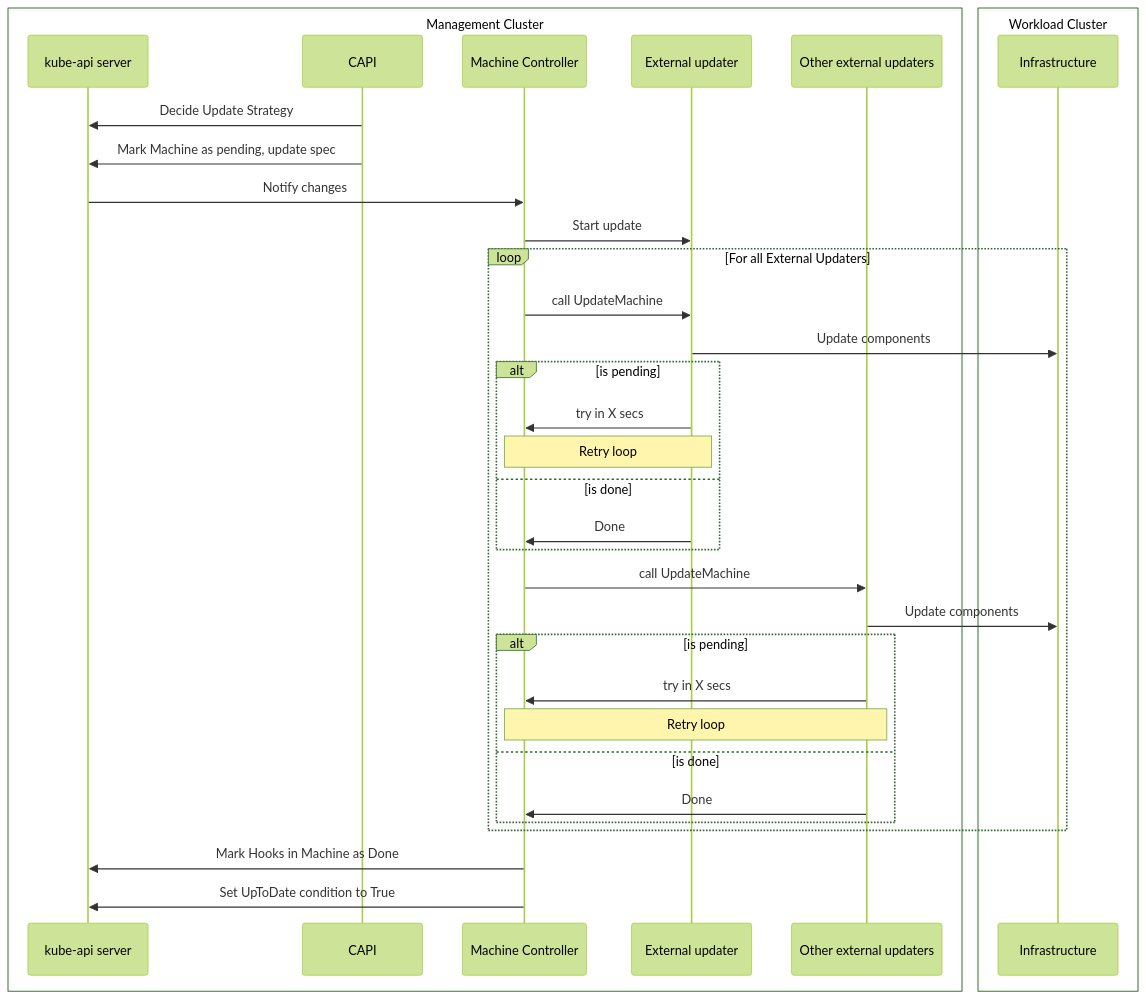
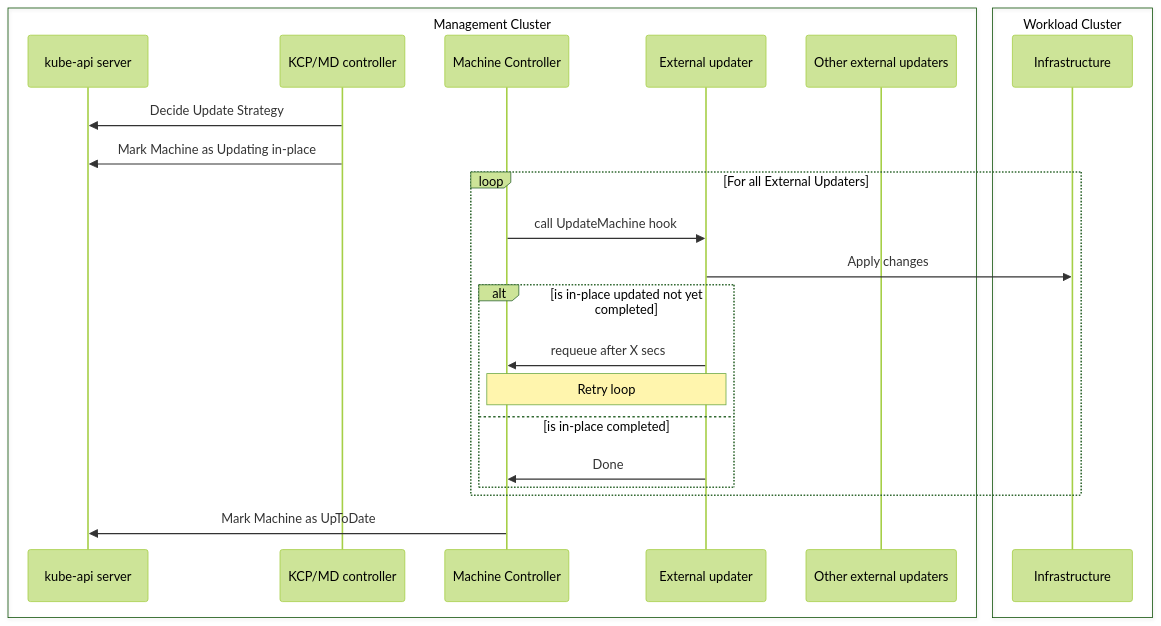
One commit to kubernetes-sigs/cluster-api changed the fifth of 5 diagrams in docs/proposals/20240807-in-place-updates.md. Above: the diagram before and after it, drawn with Mermaid (forest theme). The commit also changed other lines of this file and 8 other files, not shown here.

````diff
--- a/docs/proposals/20240807-in-place-updates.md
+++ b/docs/proposals/20240807-in-place-updates.md
@@ -336,39 +383,28 @@
 ```mermaid
 sequenceDiagram
 box Management Cluster
     participant apiserver as kube-api server
-    participant capi as CAPI
+    participant capi as KCP/MD controller
     participant mach as Machine Controller
     participant hook as External updater
     participant hook1 as Other external updaters
 end
 
 box Workload Cluster
     participant infra as Infrastructure
 end
 
 capi->>apiserver: Decide Update Strategy
-capi->>apiserver: Mark Machine as pending, update spec
-apiserver->>mach: Notify changes
-mach->>hook: Start update
+capi->>apiserver: Mark Machine as Updating in-place
 loop For all External Updaters
-  mach->>hook: call UpdateMachine
-  hook->>infra: Update components
-  alt is pending
-    hook->>mach: try in X secs
+  mach->>hook: call UpdateMachine hook
+  hook->>infra: Apply changes
+  alt is in-place updated not yet completed
+    hook->>mach: requeue after X secs
     Note over hook,mach: Retry loop
-  else is done
+  else is in-place completed
     hook->>mach: Done
   end
-  mach->>hook1: call UpdateMachine
-  hook1->>infra: Update components
-  alt is pending
-    hook1->>mach: try in X secs
-    Note over hook1,mach: Retry loop
-  else is done
-    hook1->>mach: Done
-  end
 end
-mach->>apiserver: Mark Hooks in Machine as Done
-mach->>apiserver: Set UpToDate condition to True
+mach->>apiserver: Mark Machine as UpToDate
 ```
````
